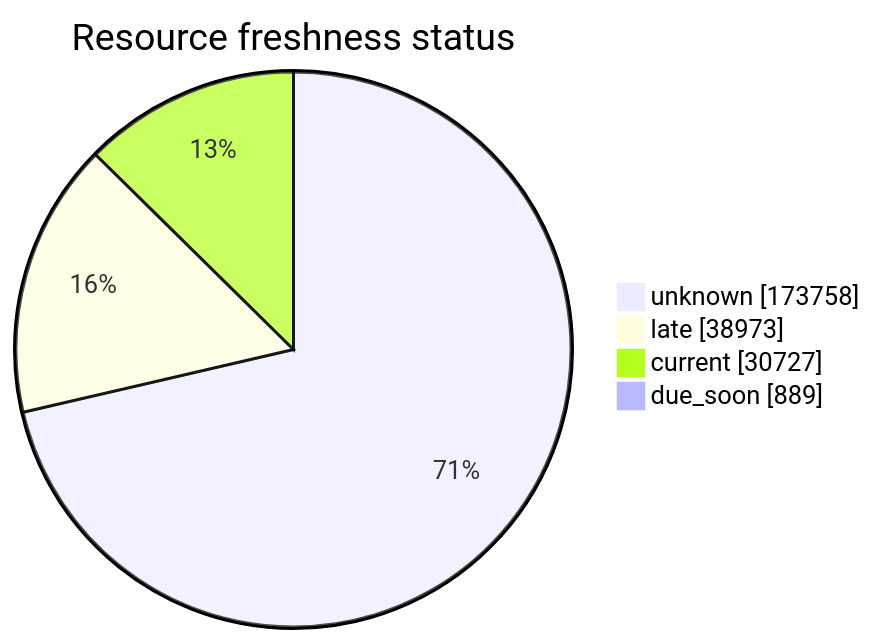
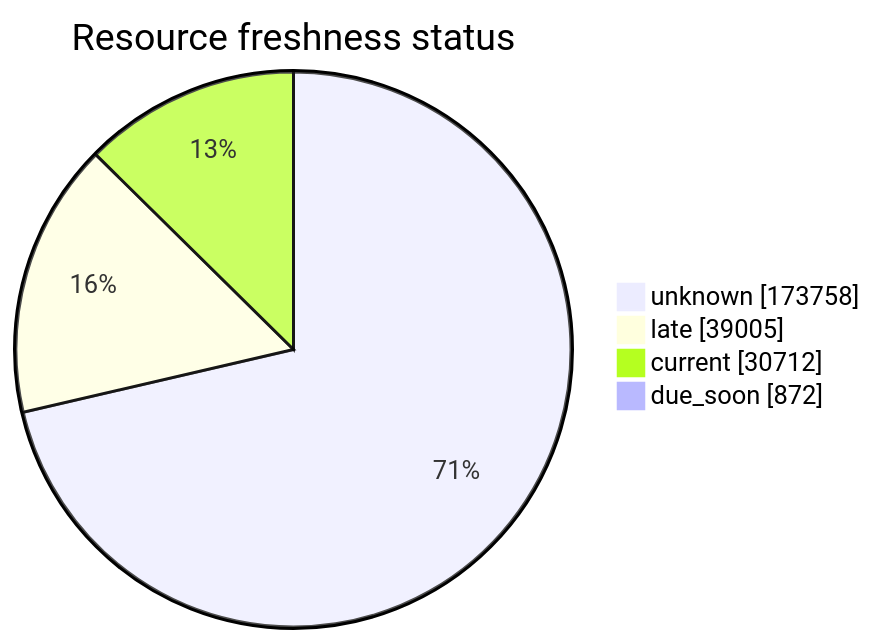
The third of 5 diagrams in FreshCheck/README.md (open-data/analytics-corporate-reporting), drawn with Mermaid before and after one commit. The commit also changed other lines of this file and 3 other files, not shown here.

````diff
--- a/FreshCheck/README.md
+++ b/FreshCheck/README.md
@@ -77,7 +77,7 @@
 ```mermaid
 pie showData title Resource freshness status
     "unknown": 173758
-    "late": 38973
-    "current": 30727
-    "due_soon": 889
+    "late": 39005
+    "current": 30712
+    "due_soon": 872
 ```
````
